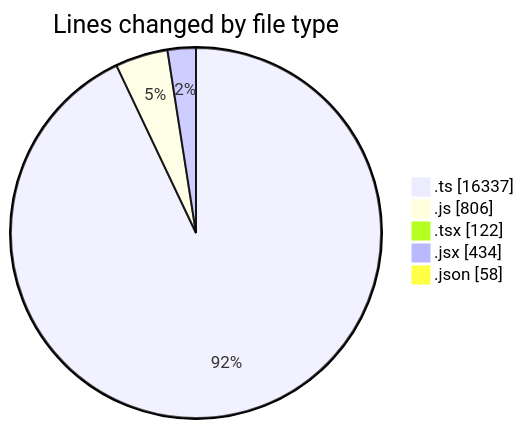
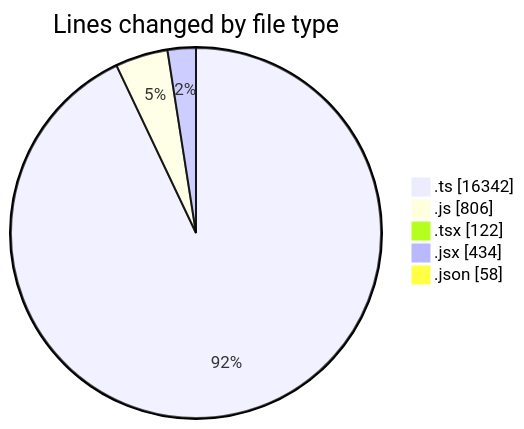
One commit to momahboobian/code-tracking changed the first of 2 diagrams in 2025-11-12/cda/README.md. Above: the diagram before and after it, drawn with Mermaid. The commit also changed other lines of this file and 1 other file, not shown here.

````diff
--- a/2025-11-12/cda/README.md
+++ b/2025-11-12/cda/README.md
@@ -34,9 +34,9 @@
 ```mermaid
 pie showData
 title Lines changed by file type
-".ts" : 16337
+".ts" : 16342
 ".js" : 806
 ".tsx" : 122
 ".jsx" : 434
 ".json" : 58
 ```
````
